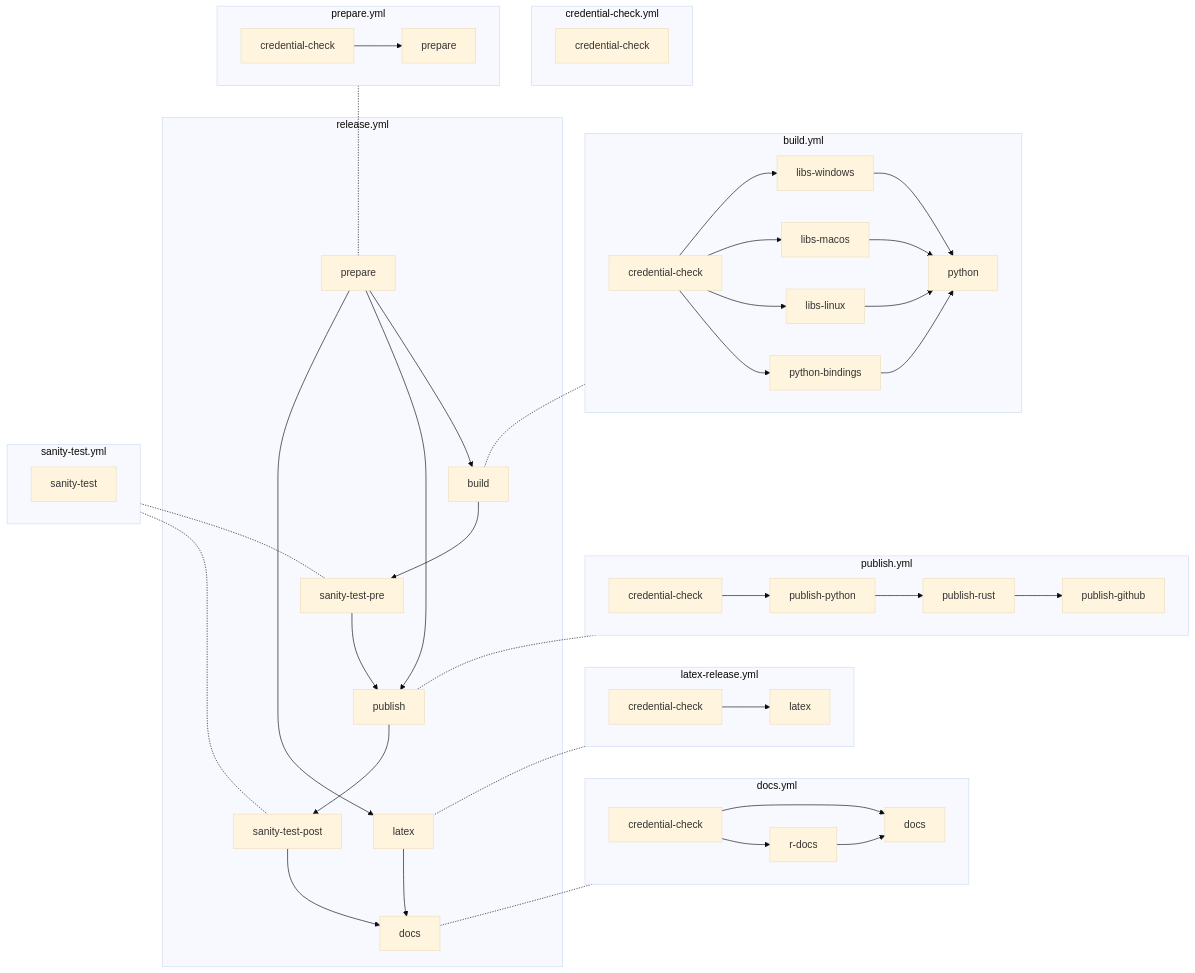
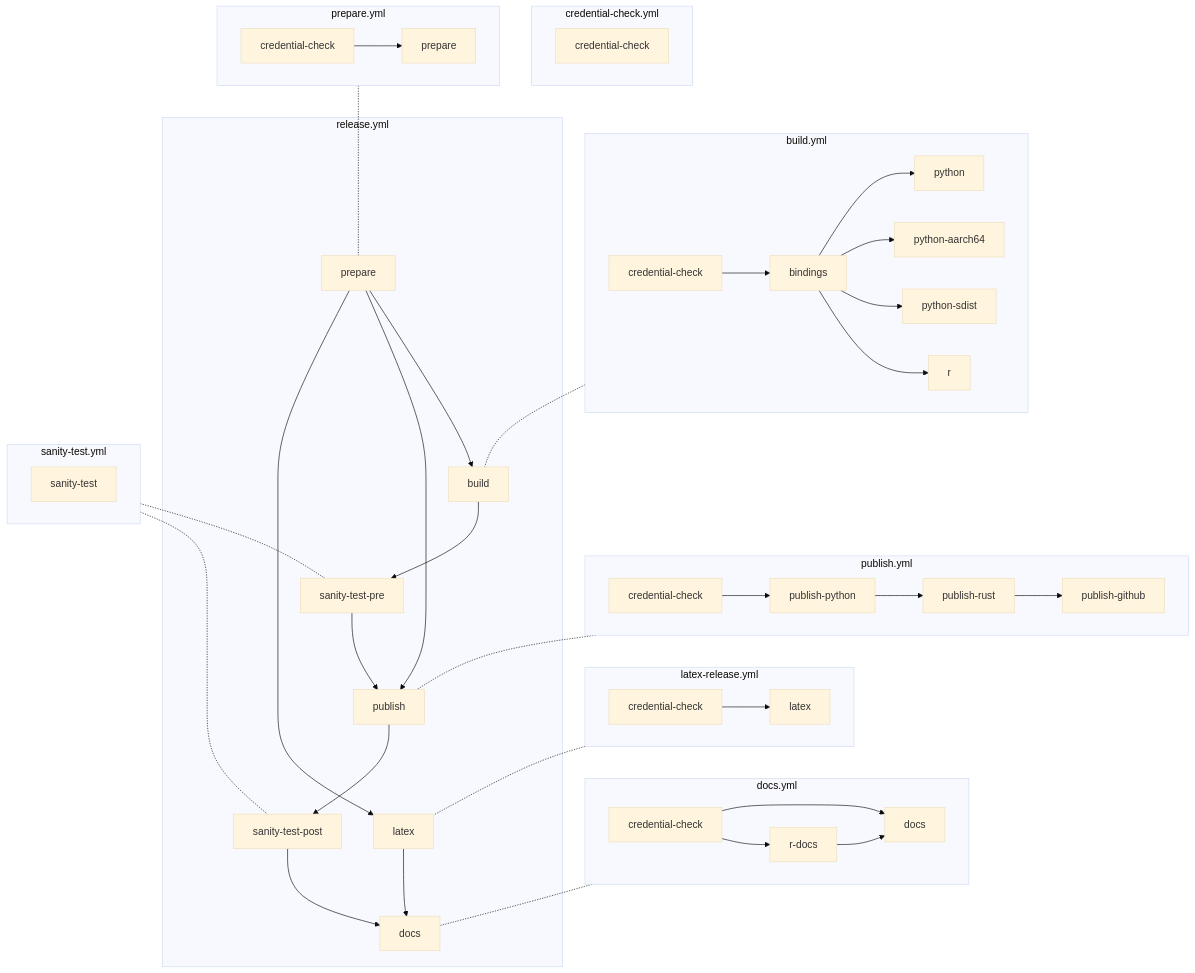
Before and after one commit to opendp/opendp: the diagram in .github/workflows/README.md, drawn with Mermaid (base theme). The commit also changed 8 other files, not shown here.

````diff
--- a/.github/workflows/README.md
+++ b/.github/workflows/README.md
@@ -28,55 +28,56 @@
 ```mermaid
 graph TD
     subgraph build.yml
-        bcc[credential-check] --> libs-windows --> python
-        bcc[credential-check] --> libs-macos --> python
-        bcc[credential-check] --> libs-linux --> python
-        bcc[credential-check] --> python-bindings --> python
+        credential-check --> bindings
+        bindings --> python
+        bindings --> python-aarch64
+        bindings --> python-sdist
+        bindings --> r
     end
     build.yml -.- build
 
     subgraph credential-check.yml
        cccc[credential-check]
     end
     %% Adds a lot of crossing lines to the graph!
     %% credential-check.yml -.- bcc[credential-check]
     %% credential-check.yml -.- dcc[credential-check]
     %% credential-check.yml -.- lrcc[credential-check]
     %% credential-check.yml -.- lcc[credential-check]
     %% credential-check.yml -.- precc[credential-check]
     %% credential-check.yml -.- pubcc[credential-check]
 
     subgraph docs.yml
         dcc[credential-check] --> docs
         dcc[credential-check] --> r-docs
         r-docs --> docs
     end
     docs.yml -.- rdocs[docs]
 
     subgraph latex-release.yml
         lrcc[credential-check] --> latex
     end
     latex-release.yml -.- rlatex[latex]
 
     subgraph prepare.yml
         precc[credential-check] --> prepare
     end
     prepare.yml -.- rpre[prepare]
 
     subgraph publish.yml
         pubcc[credential-check] --> publish-python --> publish-rust --> publish-github
     end
     publish.yml -.- publish
 
     subgraph release.yml
         rpre[prepare] --> build --> sanity-test-pre --> publish
         rpre[prepare] --> publish --> sanity-test-post --> rdocs[docs]
         rpre[prepare] --> rlatex[latex] --> rdocs[docs]
     end
 
     subgraph sanity-test.yml
         sanity-test
     end
     sanity-test.yml -.- sanity-test-pre
     sanity-test.yml -.- sanity-test-post
 ```
````
